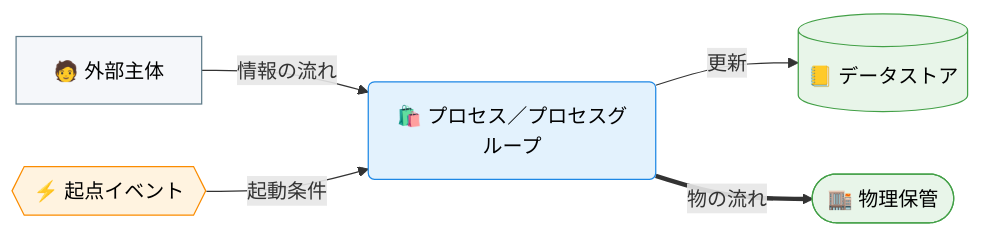
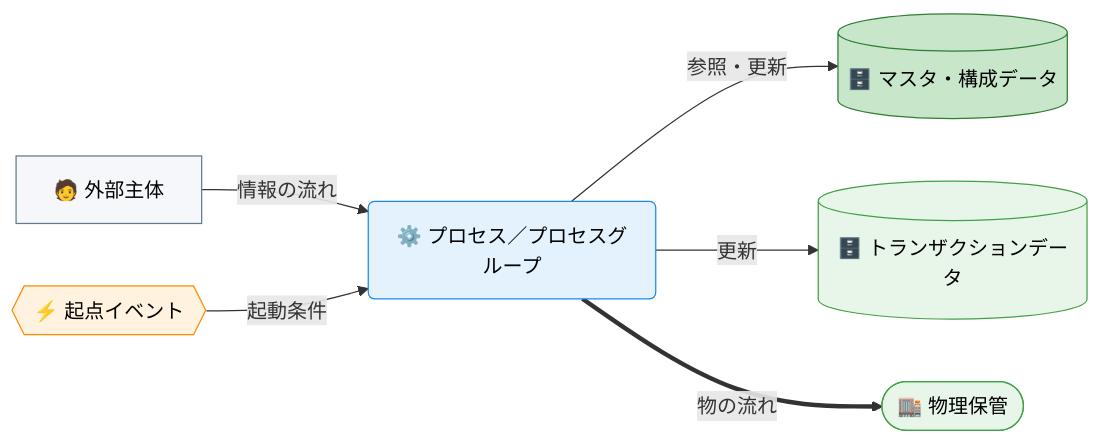
The second of 2 diagrams in docs/ja/specdojo/samples/cdfd-overview-sample.md (specdojo/spec-dojo-handbook), drawn with Mermaid before and after one commit. The commit also changed other lines of this file and 2 other files, not shown here.

````diff
--- a/docs/ja/specdojo/samples/cdfd-overview-sample.md
+++ b/docs/ja/specdojo/samples/cdfd-overview-sample.md
@@ -197,23 +259,27 @@
 ```mermaid
 flowchart LR
   classDef process fill:#e3f2fd,stroke:#1e88e5,color:#000
   classDef event fill:#fff3e0,stroke:#fb8c00,color:#000
-  classDef store fill:#e8f5e9,stroke:#43a047,color:#000
+  classDef storeMaster fill:#c8e6c9,stroke:#2e7d32,color:#000
+  classDef storeTransaction fill:#e8f5e9,stroke:#43a047,color:#000
   classDef actor fill:#f5f7fa,stroke:#607d8b,color:#000
 
   外部主体["🧑 外部主体"]
   起点イベント{{"⚡ 起点イベント"}}
-  プロセス("🛍️ プロセス／プロセスグループ")
-  データストア[("📒 データストア")]
+  プロセス("⚙️ プロセス／プロセスグループ")
+  マスタ構成データ[("🗄️ マスタ・構成データ")]
+  トランザクションデータ[("🗄️ トランザクションデータ")]
   物理保管(["🏬 物理保管"])
 
   外部主体 -->|"情報の流れ"| プロセス
   起点イベント -->|"起動条件"| プロセス
-  プロセス -->|"更新"| データストア
+  プロセス -->|"参照・更新"| マスタ構成データ
+  プロセス -->|"更新"| トランザクションデータ
   プロセス ==>|"物の流れ"| 物理保管
 
   class プロセス process
   class 起点イベント event
-  class データストア,物理保管 store
+  class マスタ構成データ storeMaster
+  class トランザクションデータ,物理保管 storeTransaction
   class 外部主体 actor
 ```
````
